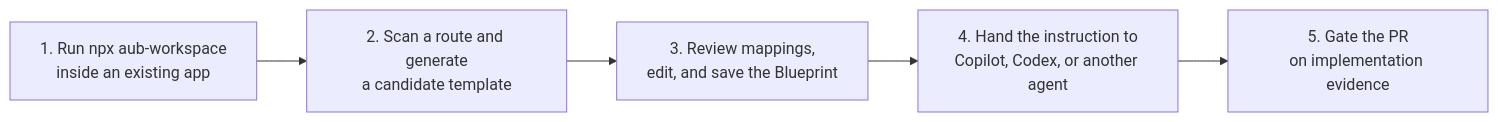
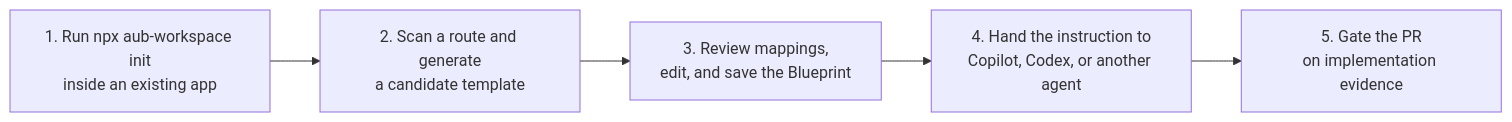
One commit to HenryLau1103/AUB changed the diagram in README.md. Above: the diagram before and after it, drawn with Mermaid. The commit also changed other lines of this file and 52 other files, not shown here.

````diff
--- a/README.md
+++ b/README.md
@@ -26,7 +26,7 @@
 ```mermaid
 flowchart LR
-  A["1. Run npx aub-workspace<br/>inside an existing app"] --> B["2. Scan a route and generate<br/>a candidate template"]
+  A["1. Run npx aub-workspace init<br/>inside an existing app"] --> B["2. Scan a route and generate<br/>a candidate template"]
   B --> C["3. Review mappings,<br/>edit, and save the Blueprint"]
   C --> D["4. Hand the instruction to<br/>Copilot, Codex, or another agent"]
   D --> E["5. Gate the PR<br/>on implementation evidence"]
 ```
````
